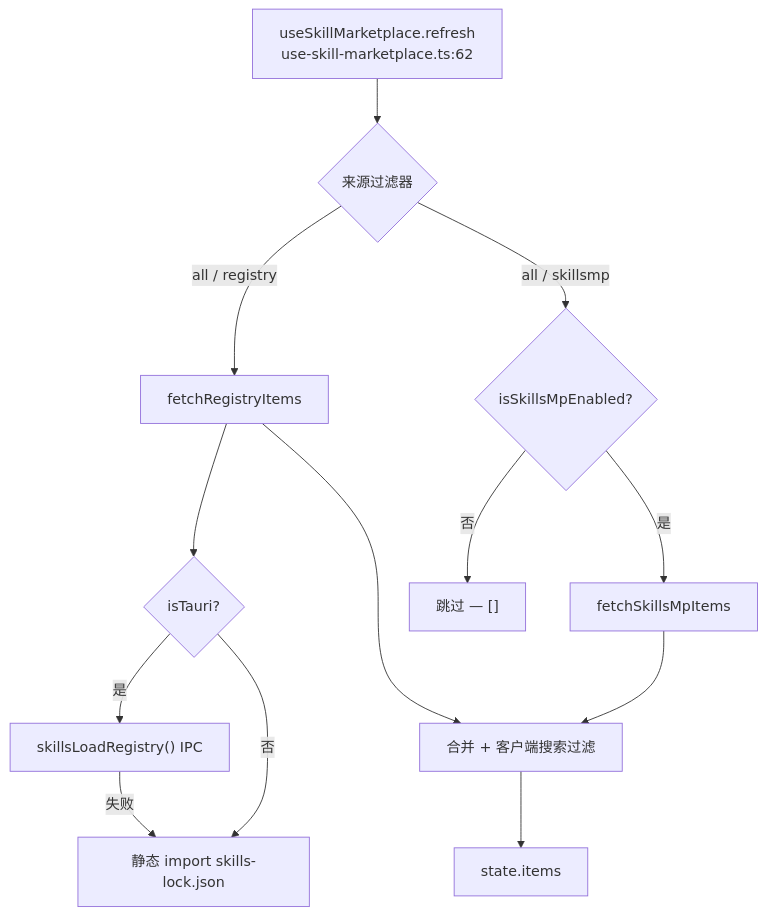
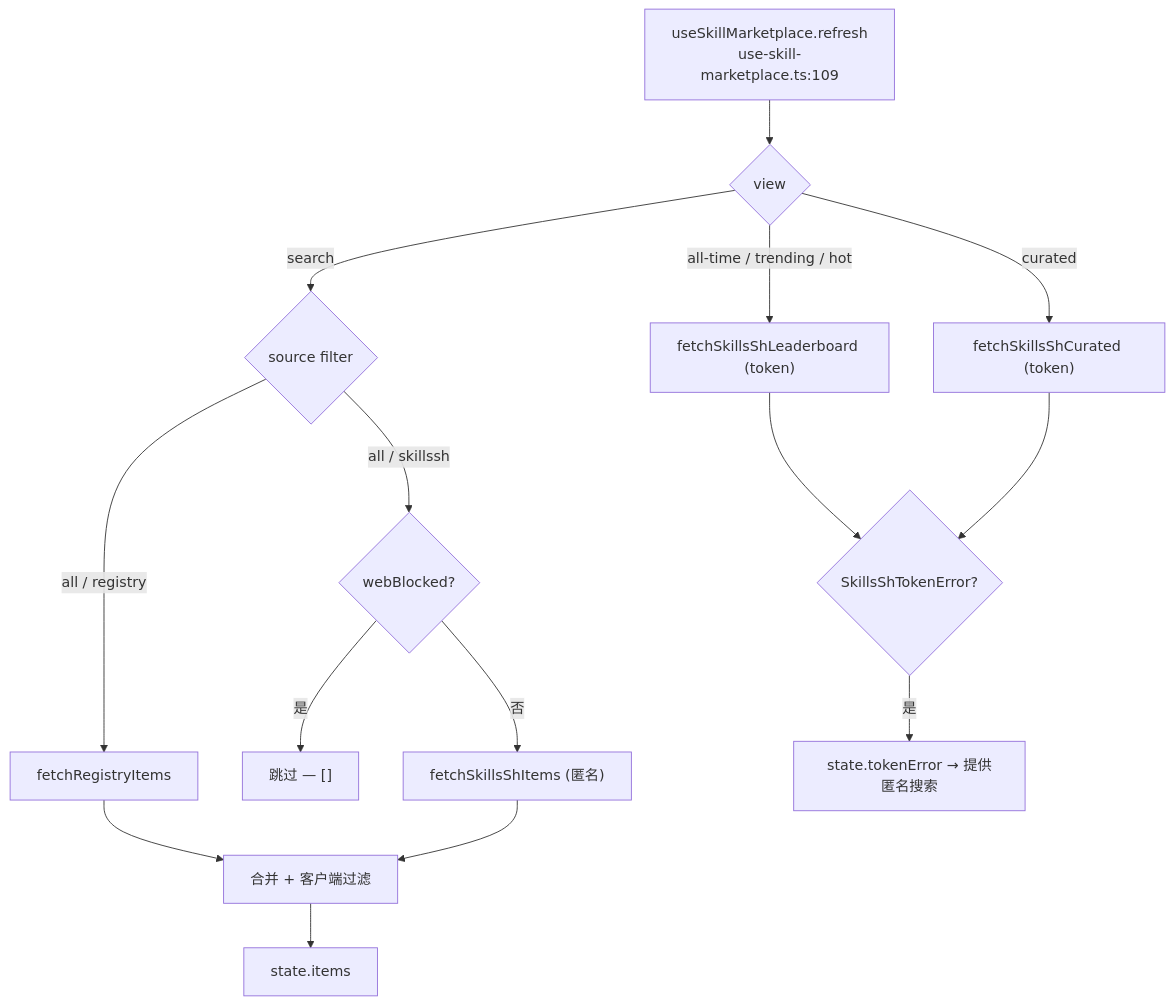
Before and after one commit to MaxQian888/cognia-next: the third of 3 diagrams in docs/content/docs/zh/subsystems/skills/marketplace.mdx, drawn with Mermaid. The commit also changed other lines of this file and 11 other files, not shown here.

First line of the commit message:
docs(skills): rewrite marketplace docs for skills.sh + branch-coverage tests

````diff
--- a/docs/content/docs/zh/subsystems/skills/marketplace.mdx
+++ b/docs/content/docs/zh/subsystems/skills/marketplace.mdx
@@ -187,15 +299,17 @@
 ```mermaid
 flowchart TD
-  REF["useSkillMarketplace.refresh<br/>use-skill-marketplace.ts:62"] --> WANT{"来源过滤器"}
-  WANT -- "all / registry" --> REG["fetchRegistryItems"]
-  WANT -- "all / skillsmp" --> MPEN{"isSkillsMpEnabled?"}
-  MPEN -- 否 --> SKIP["跳过 — []"]
-  MPEN -- 是 --> MP["fetchSkillsMpItems"]
-  REG --> RT{"isTauri?"}
-  RT -- 是 --> IPC["skillsLoadRegistry() IPC"]
-  IPC -- "失败" --> STATIC["静态 import skills-lock.json"]
-  RT -- 否 --> STATIC
-  REG --> MERGE["合并 + 客户端搜索过滤"]
-  MP --> MERGE
+  REF["useSkillMarketplace.refresh<br/>use-skill-marketplace.ts:109"] --> VIEW{"view"}
+  VIEW -- "all-time / trending / hot" --> LB["fetchSkillsShLeaderboard (token)"]
+  VIEW -- "curated" --> CUR["fetchSkillsShCurated (token)"]
+  VIEW -- "search" --> SRC{"source filter"}
+  SRC -- "all / registry" --> REG["fetchRegistryItems"]
+  SRC -- "all / skillssh" --> WB{"webBlocked?"}
+  WB -- 是 --> SKIP["跳过 — []"]
+  WB -- 否 --> SH["fetchSkillsShItems (匿名)"]
+  REG --> MERGE["合并 + 客户端过滤"]
+  SH --> MERGE
+  LB --> TOK{"SkillsShTokenError?"}
+  CUR --> TOK
+  TOK -- 是 --> TE["state.tokenError → 提供匿名搜索"]
   MERGE --> ITEMS["state.items"]
 ```
````
